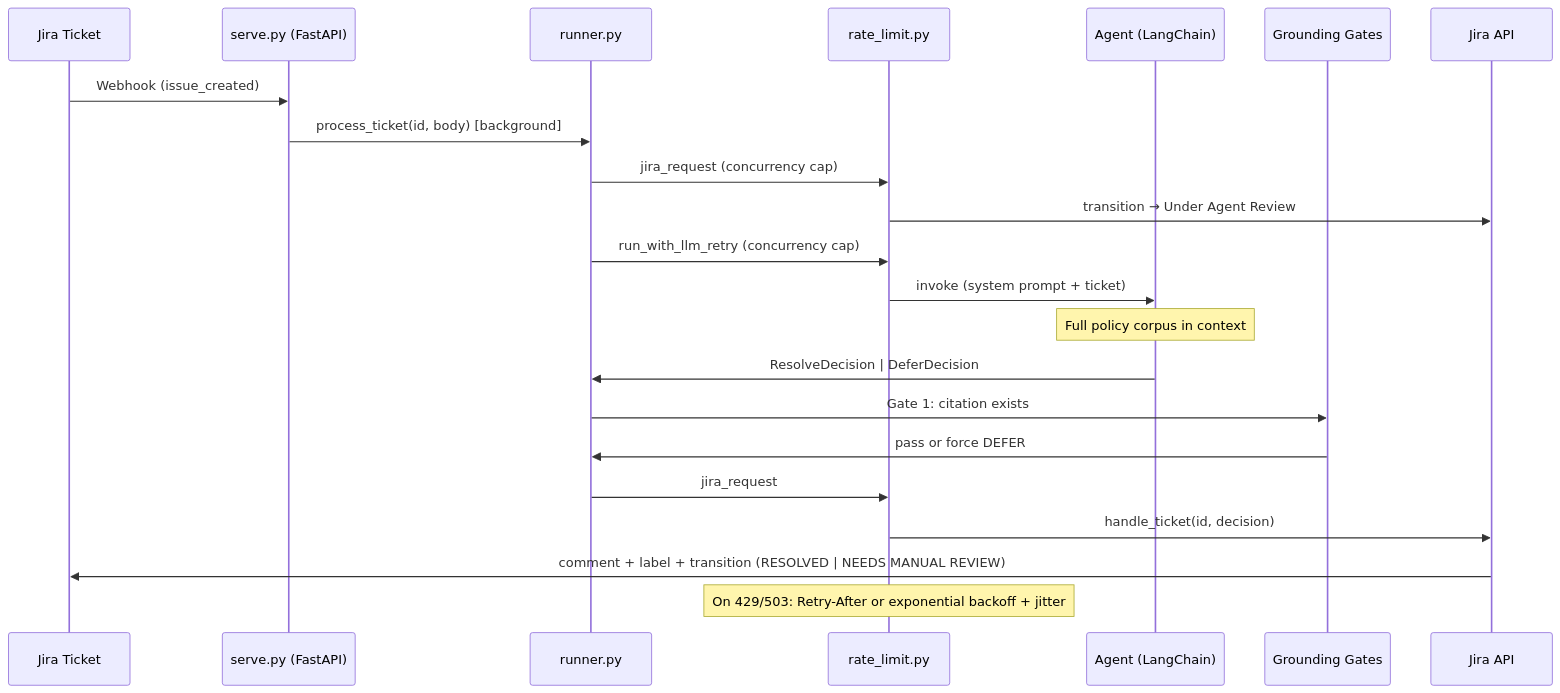
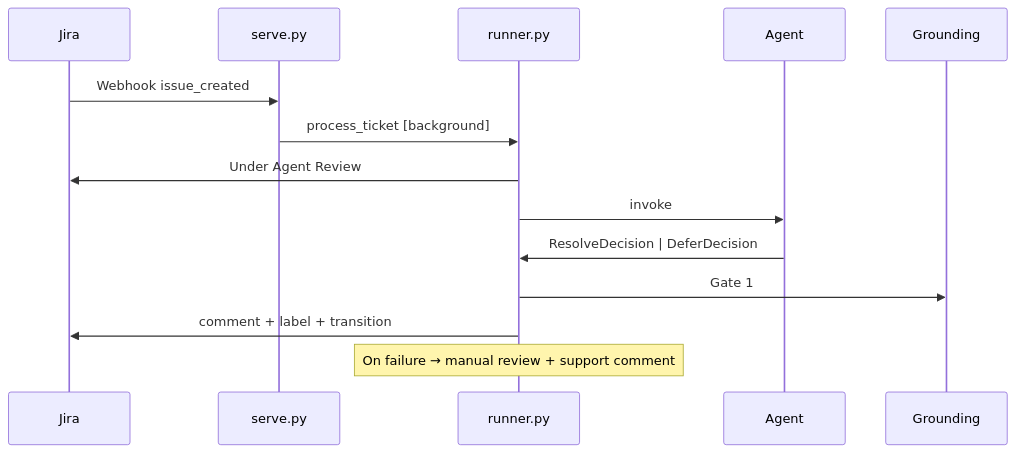
One commit to mondal-alex/it-helpdesk-agent changed the diagram in README.md. Above: the diagram before and after it, drawn with Mermaid. The commit also changed other lines of this file and 25 other files, not shown here.

````diff
--- a/README.md
+++ b/README.md
@@ -30,25 +47,17 @@
 ```mermaid
 sequenceDiagram
-    participant J as Jira Ticket
-    participant S as serve.py (FastAPI)
+    participant J as Jira
+    participant S as serve.py
     participant R as runner.py
-    participant RL as rate_limit.py
-    participant A as Agent (LangChain)
-    participant G as Grounding Gates
-    participant API as Jira API
+    participant A as Agent
+    participant G as Grounding
 
-    J->>S: Webhook (issue_created)
-    S->>R: process_ticket(id, body) [background]
-    R->>RL: jira_request (concurrency cap)
-    RL->>API: transition → Under Agent Review
-    R->>RL: run_with_llm_retry (concurrency cap)
-    RL->>A: invoke (system prompt + ticket)
-    Note over A: Full policy corpus in context
+    J->>S: Webhook issue_created
+    S->>R: process_ticket [background]
+    R->>J: Under Agent Review
+    R->>A: invoke
     A->>R: ResolveDecision | DeferDecision
-    R->>G: Gate 1: citation exists
-    G->>R: pass or force DEFER
-    R->>RL: jira_request
-    RL->>API: handle_ticket(id, decision)
-    API->>J: comment + label + transition (RESOLVED | NEEDS MANUAL REVIEW)
-    Note over RL: On 429/503: Retry-After or exponential backoff + jitter
+    R->>G: Gate 1
+    R->>J: comment + label + transition
+    Note over R: On failure → manual review + support comment
 ```
````
